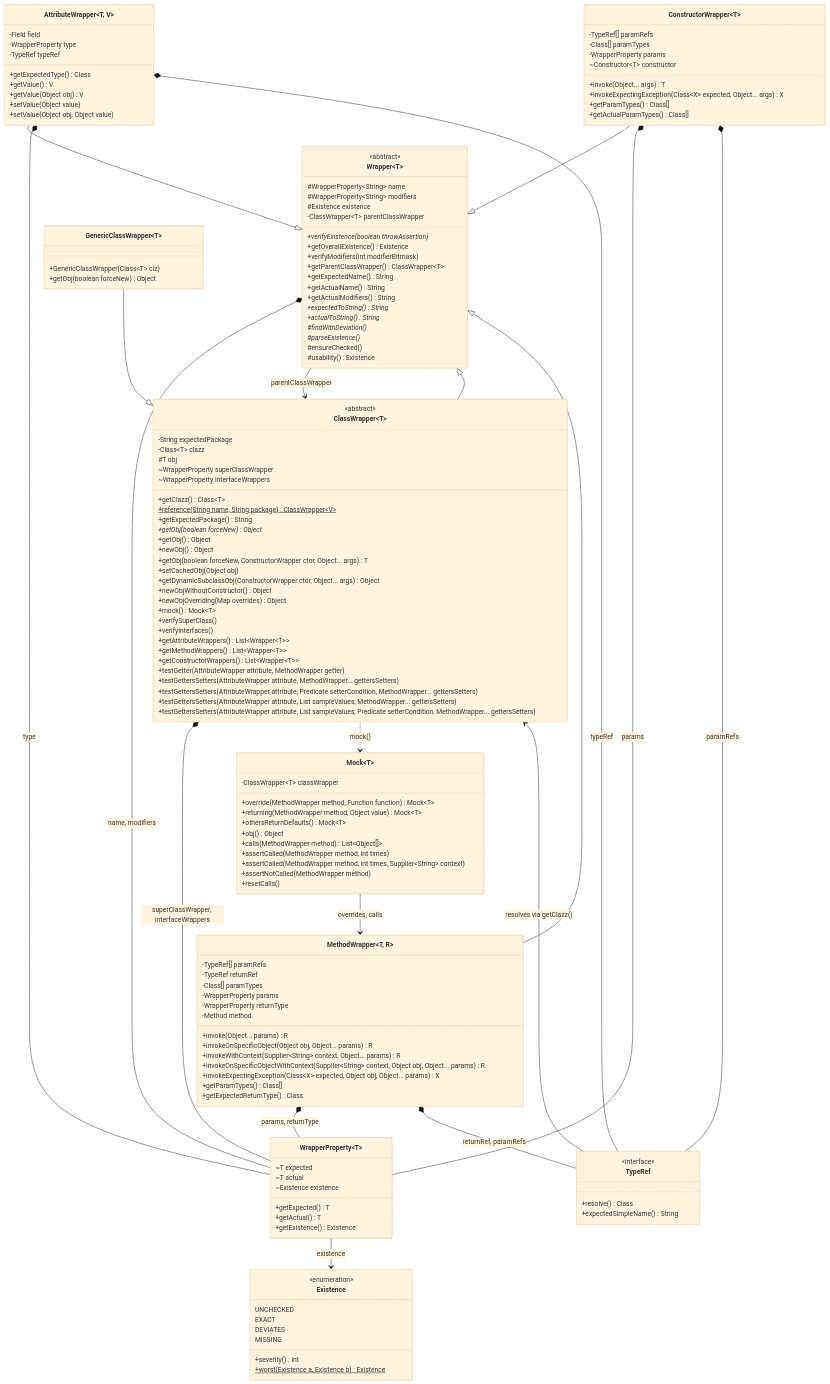
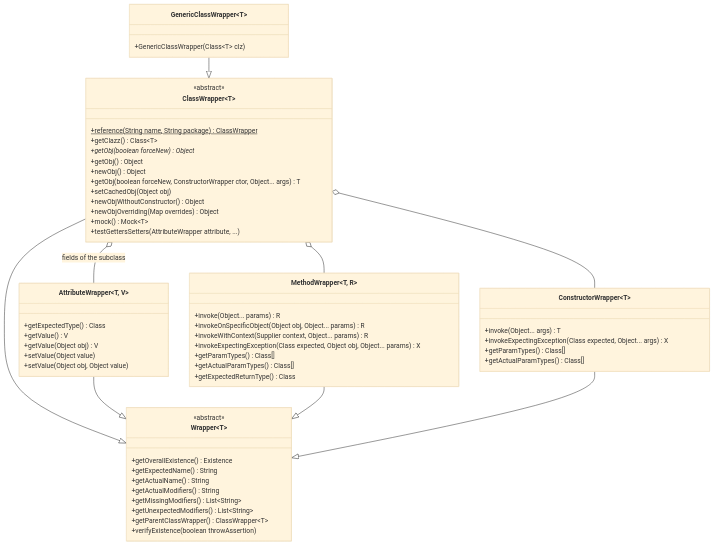
Before and after one commit to ValentinHerrmann/Levenshtein-Testing-Framework: the second of 6 diagrams in docs/architecture.md, drawn with Mermaid (base theme). The commit also changed other lines of this file and 14 other files, not shown here.

````diff
--- a/docs/architecture.md
+++ b/docs/architecture.md
@@ -99,62 +127,33 @@
     direction TB
     class Wrapper~T~ {
         <<abstract>>
-        #WrapperProperty~String~ name
-        #WrapperProperty~String~ modifiers
-        #Existence existence
-        -ClassWrapper~T~ parentClassWrapper
-        +verifyExistence(boolean throwAssertion)*
         +getOverallExistence() Existence
-        +verifyModifiers(int modifierBitmask)
-        +getParentClassWrapper() ClassWrapper~T~
         +getExpectedName() String
         +getActualName() String
         +getActualModifiers() String
-        +expectedToString()* String
-        +actualToString()* String
-        #findWithDeviation()*
-        #parseExistence()*
-        #ensureChecked()
-        #usability() Existence
+        +getMissingModifiers() List~String~
+        +getUnexpectedModifiers() List~String~
+        +getParentClassWrapper() ClassWrapper~T~
+        +verifyExistence(boolean throwAssertion)
     }
     class ClassWrapper~T~ {
         <<abstract>>
-        -String expectedPackage
-        -Class~T~ clazz
-        #T obj
-        ~WrapperProperty superClassWrapper
-        ~WrapperProperty interfaceWrappers
+        +reference(String name, String package)$ ClassWrapper
         +getClazz() Class~T~
-        +reference(String name, String package)$ ClassWrapper~V~
-        +getExpectedPackage() String
         +getObj(boolean forceNew)* Object
         +getObj() Object
         +newObj() Object
         +getObj(boolean forceNew, ConstructorWrapper ctor, Object... args) T
         +setCachedObj(Object obj)
-        +getDynamicSubclassObj(ConstructorWrapper ctor, Object... args) Object
         +newObjWithoutConstructor() Object
         +newObjOverriding(Map overrides) Object
         +mock() Mock~T~
-        +verifySuperClass()
-        +verifyInterfaces()
-        +getAttributeWrappers() List~Wrapper~T~~
-        +getMethodWrappers() List~Wrapper~T~~
-        +getConstructorWrappers() List~Wrapper~T~~
-        +testGetter(AttributeWrapper attribute, MethodWrapper getter)
-        +testGettersSetters(AttributeWrapper attribute, MethodWrapper... gettersSetters)
-        +testGettersSetters(AttributeWrapper attribute, Predicate setterCondition, MethodWrapper... gettersSetters)
-        +testGettersSetters(AttributeWrapper attribute, List sampleValues, MethodWrapper... gettersSetters)
-        +testGettersSetters(AttributeWrapper attribute, List sampleValues, Predicate setterCondition, MethodWrapper... gettersSetters)
+        +testGettersSetters(AttributeWrapper attribute, ...)
     }
     class GenericClassWrapper~T~ {
         +GenericClassWrapper(Class~T~ clz)
-        +getObj(boolean forceNew) Object
     }
     class AttributeWrapper["AttributeWrapper&lt;T, V&gt;"] {
-        -Field field
-        -WrapperProperty type
-        -TypeRef typeRef
         +getExpectedType() Class
         +getValue() V
         +getValue(Object obj) V
@@ -162,63 +161,19 @@
         +setValue(Object obj, Object value)
     }
     class MethodWrapper["MethodWrapper&lt;T, R&gt;"] {
-        -TypeRef[] paramRefs
-        -TypeRef returnRef
-        -Class[] paramTypes
-        -WrapperProperty params
-        -WrapperProperty returnType
-        -Method method
         +invoke(Object... params) R
         +invokeOnSpecificObject(Object obj, Object... params) R
-        +invokeWithContext(Supplier~String~ context, Object... params) R
-        +invokeOnSpecificObjectWithContext(Supplier~String~ context, Object obj, Object... params) R
-        +invokeExpectingException(Class~X~ expected, Object obj, Object... params) X
+        +invokeWithContext(Supplier context, Object... params) R
+        +invokeExpectingException(Class expected, Object obj, Object... params) X
         +getParamTypes() Class[]
+        +getActualParamTypes() Class[]
         +getExpectedReturnType() Class
     }
     class ConstructorWrapper~T~ {
-        -TypeRef[] paramRefs
-        -Class[] paramTypes
-        -WrapperProperty params
-        ~Constructor~T~ constructor
         +invoke(Object... args) T
-        +invokeExpectingException(Class~X~ expected, Object... args) X
+        +invokeExpectingException(Class expected, Object... args) X
         +getParamTypes() Class[]
         +getActualParamTypes() Class[]
-    }
-    class Mock~T~ {
-        -ClassWrapper~T~ classWrapper
-        +override(MethodWrapper method, Function function) Mock~T~
-        +returning(MethodWrapper method, Object value) Mock~T~
-        +othersReturnDefaults() Mock~T~
-        +obj() Object
-        +calls(MethodWrapper method) List~Object[]~
-        +assertCalled(MethodWrapper method, int times)
-        +assertCalled(MethodWrapper method, int times, Supplier~String~ context)
-        +assertNotCalled(MethodWrapper method)
-        +resetCalls()
-    }
-    class TypeRef {
-        <<interface>>
-        +resolve() Class
-        +expectedSimpleName() String
-    }
-    class WrapperProperty~T~ {
-        ~T expected
-        ~T actual
-        ~Existence existence
-        +getExpected() T
-        +getActual() T
-        +getExistence() Existence
-    }
-    class Existence {
-        <<enumeration>>
-        UNCHECKED
-        EXACT
-        DEVIATES
-        MISSING
-        +severity() int
-        +worst(Existence a, Existence b)$ Existence
     }
 
     ClassWrapper --|> Wrapper
@@ -226,18 +181,7 @@
     AttributeWrapper --|> Wrapper
     MethodWrapper --|> Wrapper
     ConstructorWrapper --|> Wrapper
-
-    Wrapper *-- WrapperProperty : name, modifiers
-    ClassWrapper *-- WrapperProperty : superClassWrapper, interfaceWrappers
-    AttributeWrapper *-- WrapperProperty : type
-    MethodWrapper *-- WrapperProperty : params, returnType
-    ConstructorWrapper *-- WrapperProperty : params
-    AttributeWrapper *-- TypeRef : typeRef
-    MethodWrapper *-- TypeRef : returnRef, paramRefs
-    ConstructorWrapper *-- TypeRef : paramRefs
-    TypeRef --> ClassWrapper : resolves via getClazz()
-    WrapperProperty --> Existence : existence
-    ClassWrapper ..> Mock : mock()
-    Mock --> MethodWrapper : overrides, calls
-    Wrapper --> ClassWrapper : parentClassWrapper
+    ClassWrapper o-- AttributeWrapper : fields of the subclass
+    ClassWrapper o-- MethodWrapper
+    ClassWrapper o-- ConstructorWrapper
 ```
````
